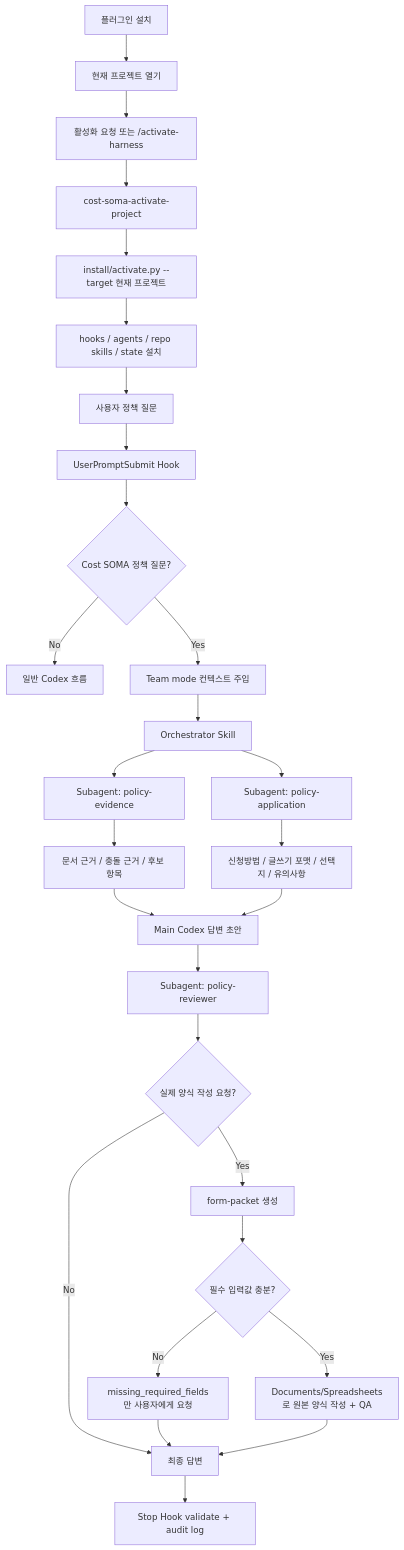
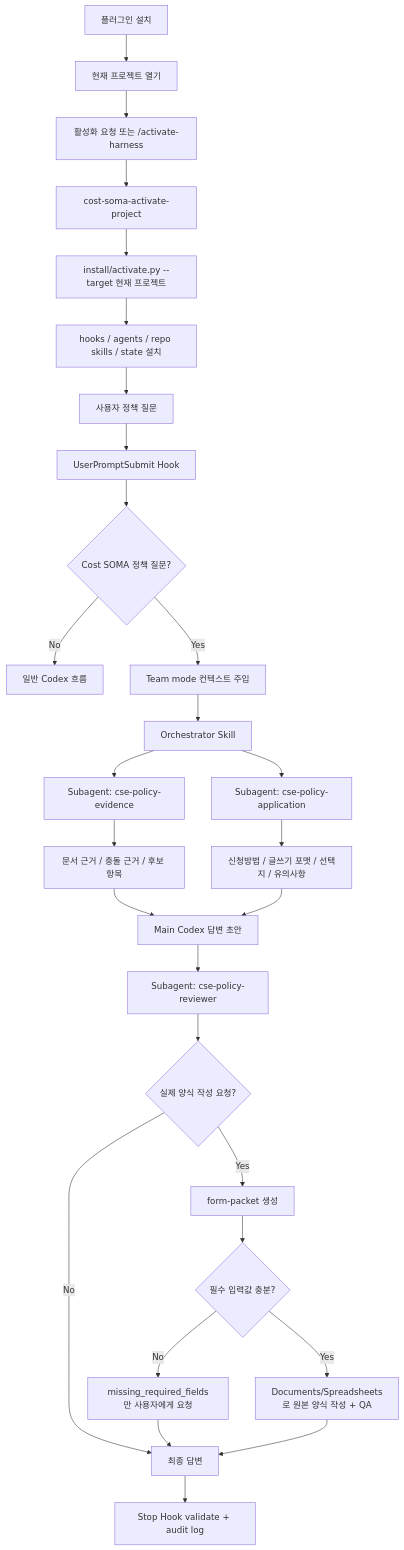
One commit to WithFortuna/soma-cost-agent changed the diagram in WORKFLOW.md. Above: the diagram before and after it, drawn with Mermaid. The commit also changed other lines of this file and 15 other files, not shown here.

````diff
--- a/WORKFLOW.md
+++ b/WORKFLOW.md
@@ -85,30 +85,30 @@
 ```mermaid
 flowchart TD
     PX["플러그인 설치"] --> A0["현재 프로젝트 열기"]
     A0 --> A1["활성화 요청 또는 /activate-harness"]
     A1 --> A2["cost-soma-activate-project"]
     A2 --> A3["install/activate.py --target 현재 프로젝트"]
     A3 --> A4["hooks / agents / repo skills / state 설치"]
     A4 --> A["사용자 정책 질문"]
     A --> B["UserPromptSubmit Hook"]
     B --> C{"Cost SOMA 정책 질문?"}
     C -- "No" --> Z["일반 Codex 흐름"]
     C -- "Yes" --> D["Team mode 컨텍스트 주입"]
     D --> E["Orchestrator Skill"]
-    E --> F["Subagent: policy-evidence"]
-    E --> G["Subagent: policy-application"]
+    E --> F["Subagent: cse-policy-evidence"]
+    E --> G["Subagent: cse-policy-application"]
     F --> H["문서 근거 / 충돌 근거 / 후보 항목"]
     G --> I["신청방법 / 글쓰기 포맷 / 선택지 / 유의사항"]
     H --> J["Main Codex 답변 초안"]
     I --> J
-    J --> K["Subagent: policy-reviewer"]
+    J --> K["Subagent: cse-policy-reviewer"]
     K --> L{"실제 양식 작성 요청?"}
     L -- "No" --> M["최종 답변"]
     L -- "Yes" --> N["form-packet 생성"]
     N --> O{"필수 입력값 충분?"}
     O -- "No" --> X["missing_required_fields만 사용자에게 요청"]
     O -- "Yes" --> Q["Documents/Spreadsheets로 원본 양식 작성 + QA"]
     X --> M
     Q --> M
     M --> R["Stop Hook validate + audit log"]
 ```
````
